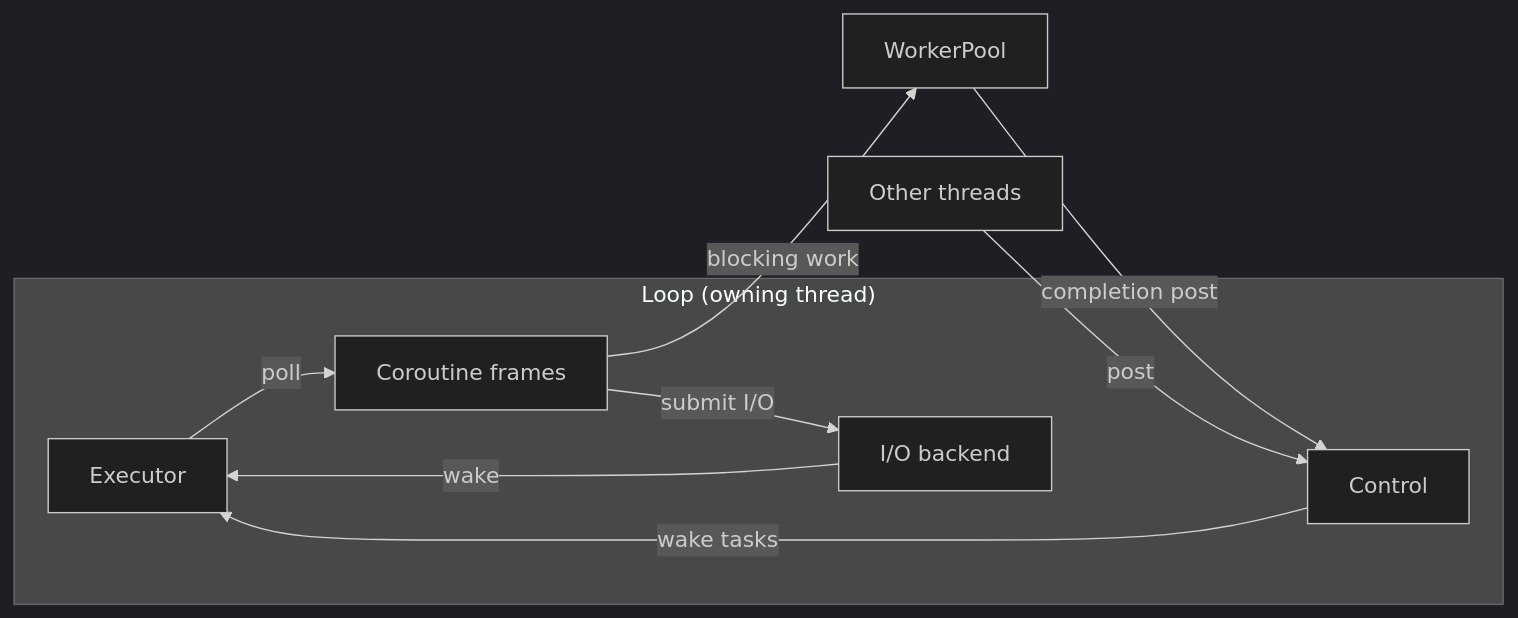
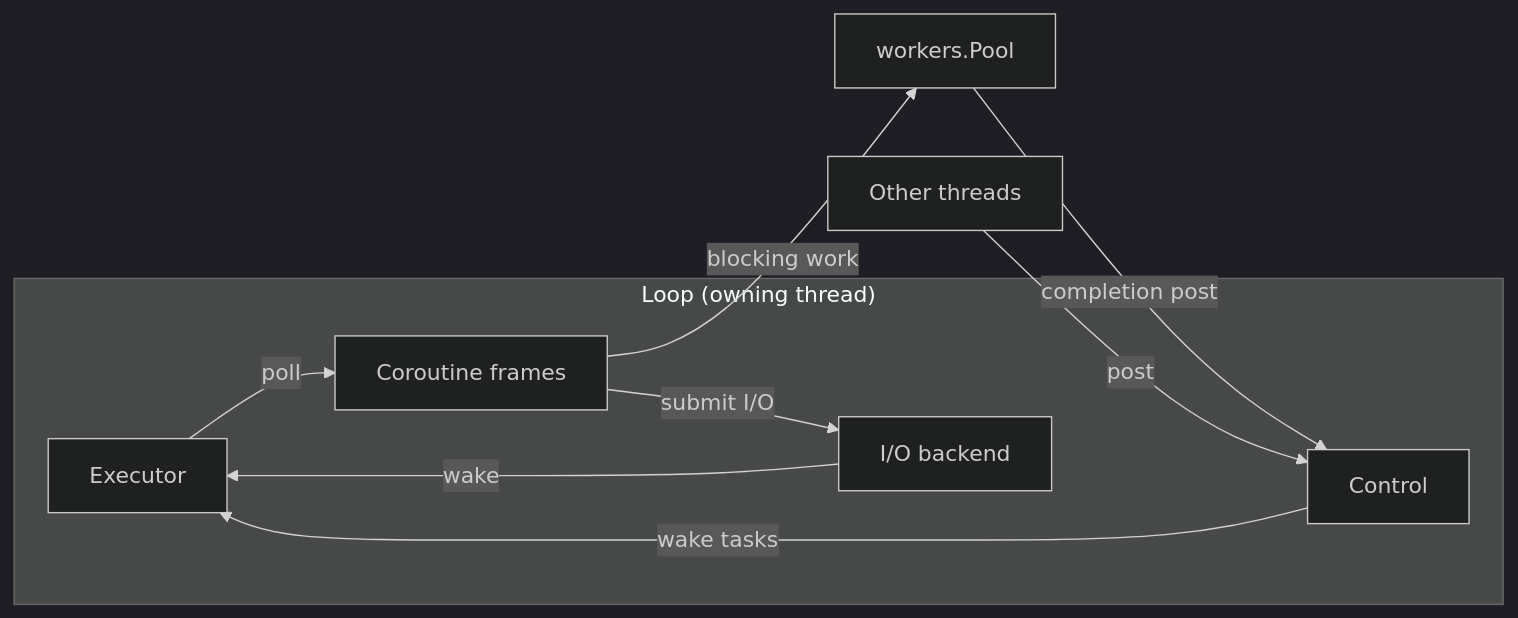
The diagram in README.md (tenyoru/velo), drawn with Mermaid (dark theme) before and after one commit. The commit also changed other lines of this file and 37 other files, not shown here.

````diff
--- a/README.md
+++ b/README.md
@@ -16,13 +16,13 @@
 ```mermaid
 flowchart LR
     subgraph loop["Loop (owning thread)"]
         executor["Executor"] -->|poll| frames["Coroutine frames"]
         frames -->|submit I/O| backend["I/O backend"]
         backend -->|wake| executor
         control["Control"] -->|wake tasks| executor
     end
 
-    frames -->|blocking work| workers["WorkerPool"]
+    frames -->|blocking work| workers["workers.Pool"]
     workers -->|completion post| control
     threads["Other threads"] -->|post| control
 ```
````
